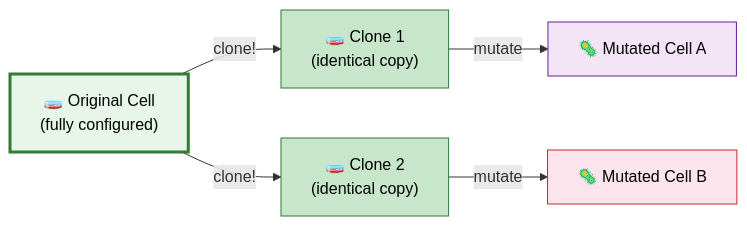
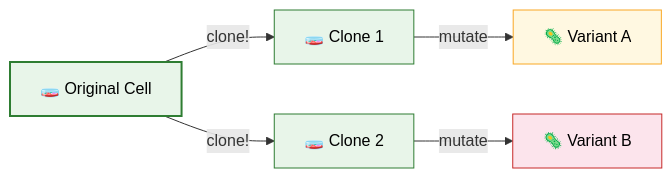
Before and after one commit to saivamsikaruturi/vamsilabs-dev-notes-main: the first of 3 diagrams in docs/designpatterns/creationalDesignPatterns/PrototypeDesignPattern.md, drawn with Mermaid. The commit also changed other lines of this file and 42 other files, not shown here.

````diff
--- a/docs/designpatterns/creationalDesignPatterns/PrototypeDesignPattern.md
+++ b/docs/designpatterns/creationalDesignPatterns/PrototypeDesignPattern.md
@@ -10,13 +10,11 @@
 ```mermaid
 flowchart LR
-    O["🧫 Original Cell<br/>(fully configured)"] -->|clone!| C1["🧫 Clone 1<br/>(identical copy)"]
-    O -->|clone!| C2["🧫 Clone 2<br/>(identical copy)"]
-    C1 -->|mutate| M1["🦠 Mutated Cell A"]
-    C2 -->|mutate| M2["🦠 Mutated Cell B"]
+    O["🧫 Original Cell"] -->|"clone!"| C1["🧫 Clone 1"] -->|"mutate"| M1["🦠 Variant A"]
+    O -->|"clone!"| C2["🧫 Clone 2"] -->|"mutate"| M2["🦠 Variant B"]
     
-    style O fill:#E8F5E9,stroke:#2E7D32,stroke-width:3px,color:#000
-    style C1 fill:#C8E6C9,stroke:#2E7D32,color:#000
-    style C2 fill:#C8E6C9,stroke:#2E7D32,color:#000
-    style M1 fill:#F3E5F5,stroke:#6A1B9A,color:#000
+    style O fill:#E8F5E9,stroke:#2E7D32,stroke-width:2px,color:#000
+    style C1 fill:#E8F5E9,stroke:#2E7D32,color:#000
+    style C2 fill:#E8F5E9,stroke:#2E7D32,color:#000
+    style M1 fill:#FFF8E1,stroke:#F9A825,color:#000
     style M2 fill:#FCE4EC,stroke:#C62828,color:#000
 ```
````
